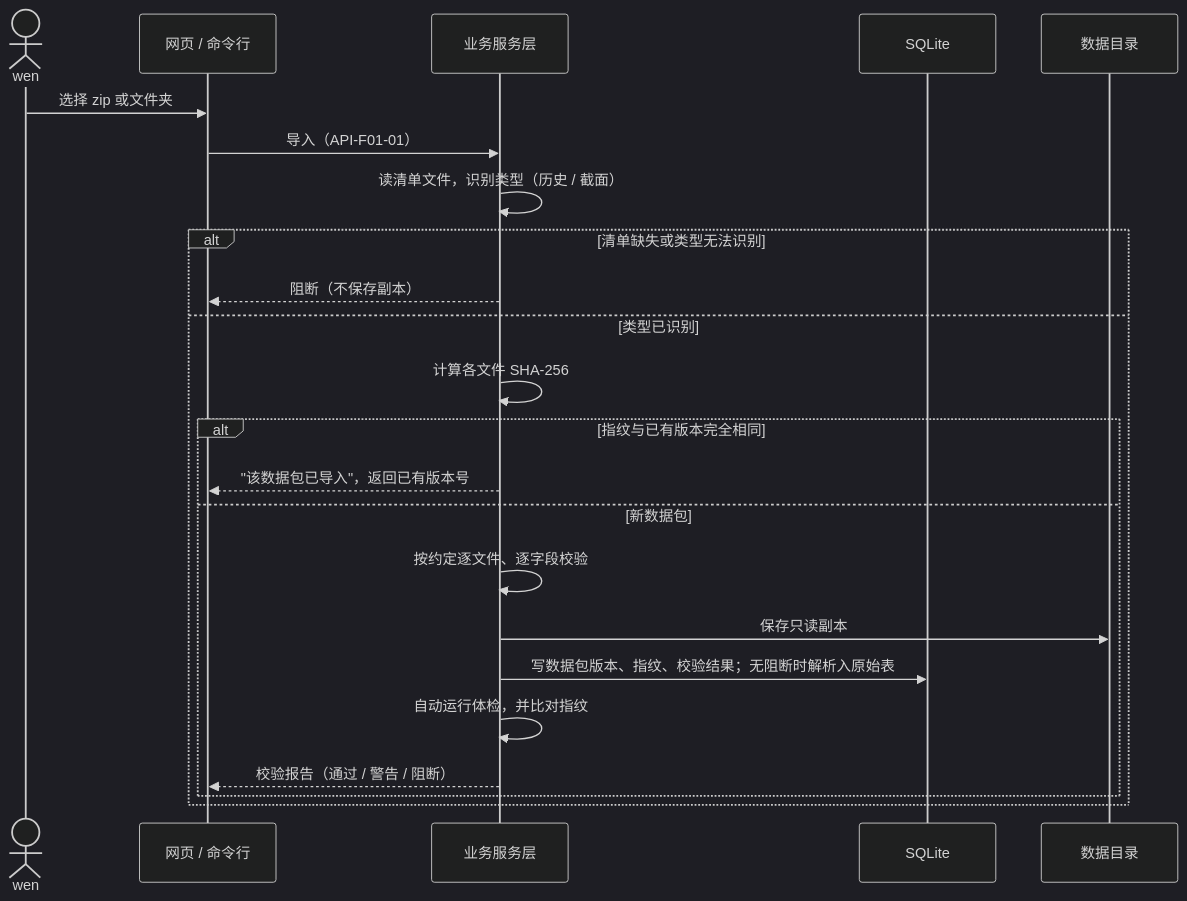
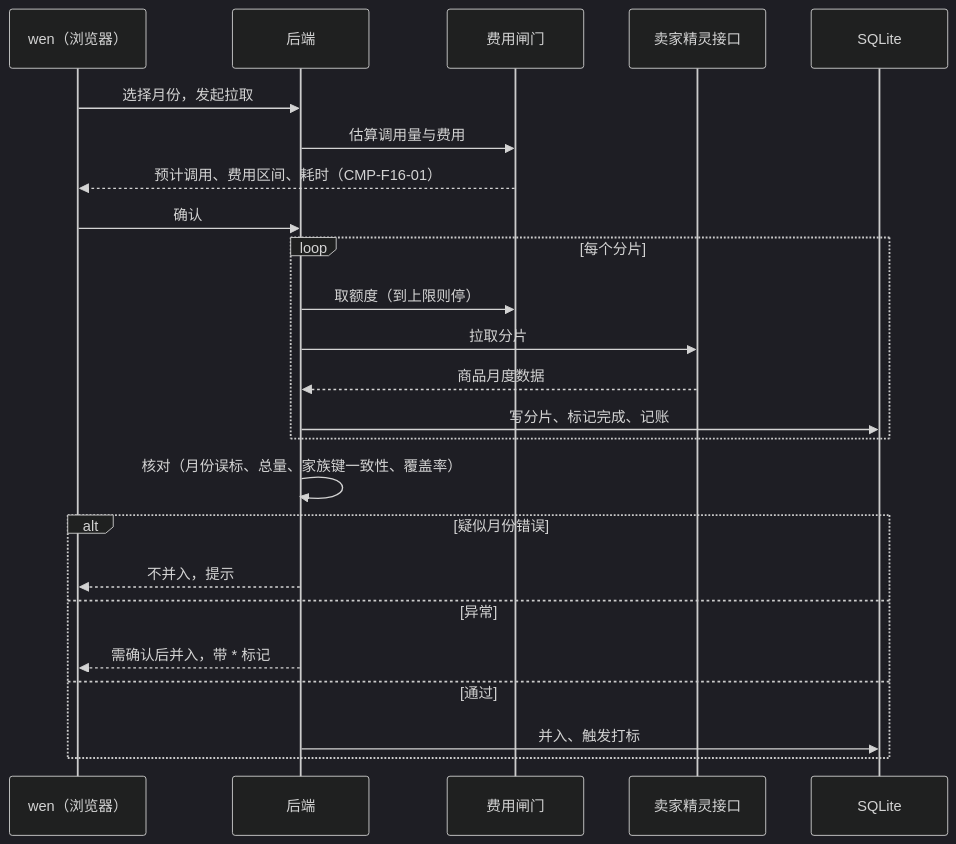
Before and after one commit to staring9811-prog/wxb981111-163.com: the first of 2 diagrams in opportunity-research/output/技术方案.md, drawn with Mermaid (dark theme). The commit also changed other lines of this file and 2 other files, not shown here.

````diff
--- a/opportunity-research/output/技术方案.md
+++ b/opportunity-research/output/技术方案.md
@@ -197,25 +120,26 @@
 ```mermaid
 sequenceDiagram
-    actor W as wen
-    participant Web as 网页 / 命令行
-    participant Core as 业务服务层
+    participant W as wen（浏览器）
+    participant A as 后端
+    participant G as 费用闸门
+    participant S as 卖家精灵接口
     participant DB as SQLite
-    participant FS as 数据目录
-    W->>Web: 选择 zip 或文件夹
-    Web->>Core: 导入（API-F01-01）
-    Core->>Core: 读清单文件，识别类型（历史 / 截面）
-    alt 清单缺失或类型无法识别
-        Core-->>Web: 阻断（不保存副本）
-    else 类型已识别
-        Core->>Core: 计算各文件 SHA-256
-        alt 指纹与已有版本完全相同
-            Core-->>Web: "该数据包已导入"，返回已有版本号
-        else 新数据包
-            Core->>Core: 按约定逐文件、逐字段校验
-            Core->>FS: 保存只读副本
-            Core->>DB: 写数据包版本、指纹、校验结果；无阻断时解析入原始表
-            Core->>Core: 自动运行体检，并比对指纹
-            Core-->>Web: 校验报告（通过 / 警告 / 阻断）
-        end
+    W->>A: 选择月份，发起拉取
+    A->>G: 估算调用量与费用
+    G-->>W: 预计调用、费用区间、耗时（CMP-F16-01）
+    W->>A: 确认
+    loop 每个分片
+        A->>G: 取额度（到上限则停）
+        A->>S: 拉取分片
+        S-->>A: 商品月度数据
+        A->>DB: 写分片、标记完成、记账
+    end
+    A->>A: 核对（月份误标、总量、家族键一致性、覆盖率）
+    alt 疑似月份错误
+        A-->>W: 不并入，提示
+    else 异常
+        A-->>W: 需确认后并入，带 * 标记
+    else 通过
+        A->>DB: 并入、触发打标
     end
 ```
````
